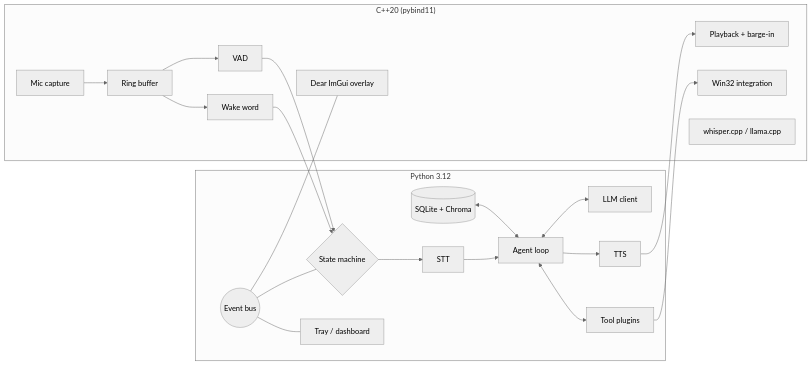
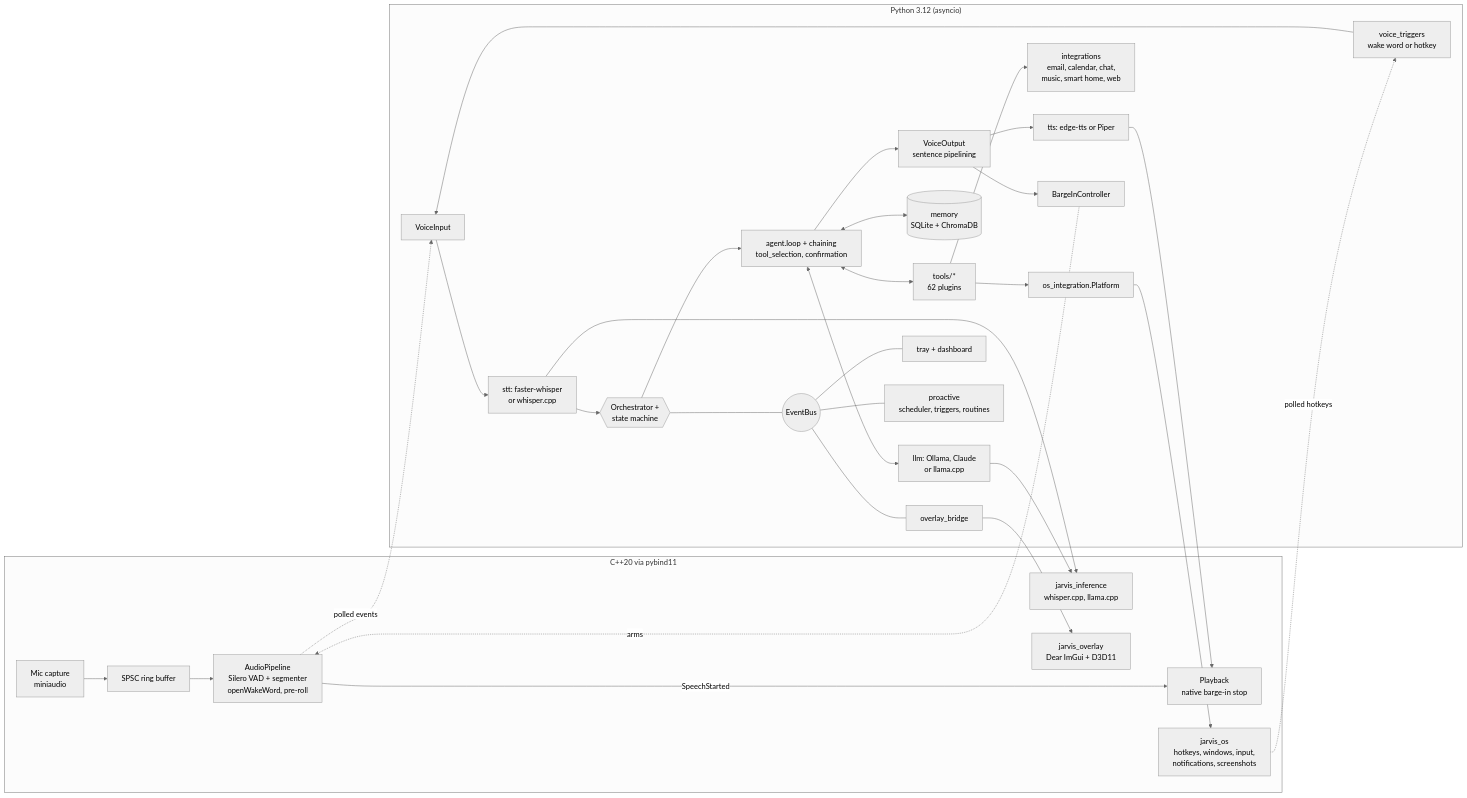
Before and after one commit to b1-loop/jarvis-desktop: the diagram in README.md, drawn with Mermaid (neutral theme). The commit also changed other lines of this file and 16 other files, not shown here.

````diff
--- a/README.md
+++ b/README.md
@@ -42,28 +66,38 @@
 ```mermaid
 flowchart LR
-    subgraph native["C++20 (pybind11)"]
-        MIC[Mic capture] --> RB[Ring buffer]
-        RB --> WW[Wake word]
-        RB --> VAD[VAD]
-        PB[Playback + barge-in]
-        OS[Win32 integration]
-        INF[whisper.cpp / llama.cpp]
-        OV[Dear ImGui overlay]
+    subgraph native["C++20 via pybind11"]
+        MIC[Mic capture<br/>miniaudio] --> RB[SPSC ring buffer]
+        RB --> PIPE[AudioPipeline<br/>Silero VAD + segmenter<br/>openWakeWord, pre-roll]
+        PIPE -- SpeechStarted --> PB[Playback<br/>native barge-in stop]
+        OSN[jarvis_os<br/>hotkeys, windows, input,<br/>notifications, screenshots]
+        INF[jarvis_inference<br/>whisper.cpp, llama.cpp]
+        OV[jarvis_overlay<br/>Dear ImGui + D3D11]
     end
 
-    subgraph python["Python 3.12"]
-        WW --> SM{State machine}
-        VAD --> SM
-        SM --> STT[STT]
-        STT --> AG[Agent loop]
-        AG <--> LLM[LLM client]
-        AG <--> TOOLS[Tool plugins]
-        TOOLS --> OS
-        AG --> TTS[TTS]
+    subgraph python["Python 3.12 (asyncio)"]
+        TRIG[voice_triggers<br/>wake word or hotkey] --> VIN[VoiceInput]
+        PIPE -. polled events .-> VIN
+        OSN -. polled hotkeys .-> TRIG
+        VIN --> STT[stt: faster-whisper<br/>or whisper.cpp]
+        STT --> ORCH{{Orchestrator +<br/>state machine}}
+        ORCH --> AG[agent.loop + chaining<br/>tool_selection, confirmation]
+        AG <--> LLM[llm: Ollama, Claude<br/>or llama.cpp]
+        AG <--> TOOLS[tools/*<br/>62 plugins]
+        TOOLS --> PLAT[os_integration.Platform]
+        PLAT --> OSN
+        TOOLS --> INTEG[integrations<br/>email, calendar, chat,<br/>music, smart home, web]
+        AG <--> MEM[(memory<br/>SQLite + ChromaDB)]
+        AG --> VOUT[VoiceOutput<br/>sentence pipelining]
+        VOUT --> TTS[tts: edge-tts or Piper]
         TTS --> PB
-        MEM[(SQLite + Chroma)] <--> AG
-        BUS((Event bus)) --- SM
-        BUS --- OV
-        BUS --- TRAY[Tray / dashboard]
+        VOUT --> BI[BargeInController]
+        BI -. arms .-> PIPE
+        LLM --> INF
+        STT --> INF
+        BUS((EventBus))
+        ORCH --- BUS
+        BUS --- BRIDGE[overlay_bridge] --> OV
+        BUS --- UI[tray + dashboard]
+        BUS --- PRO[proactive<br/>scheduler, triggers, routines]
     end
 ```
````
